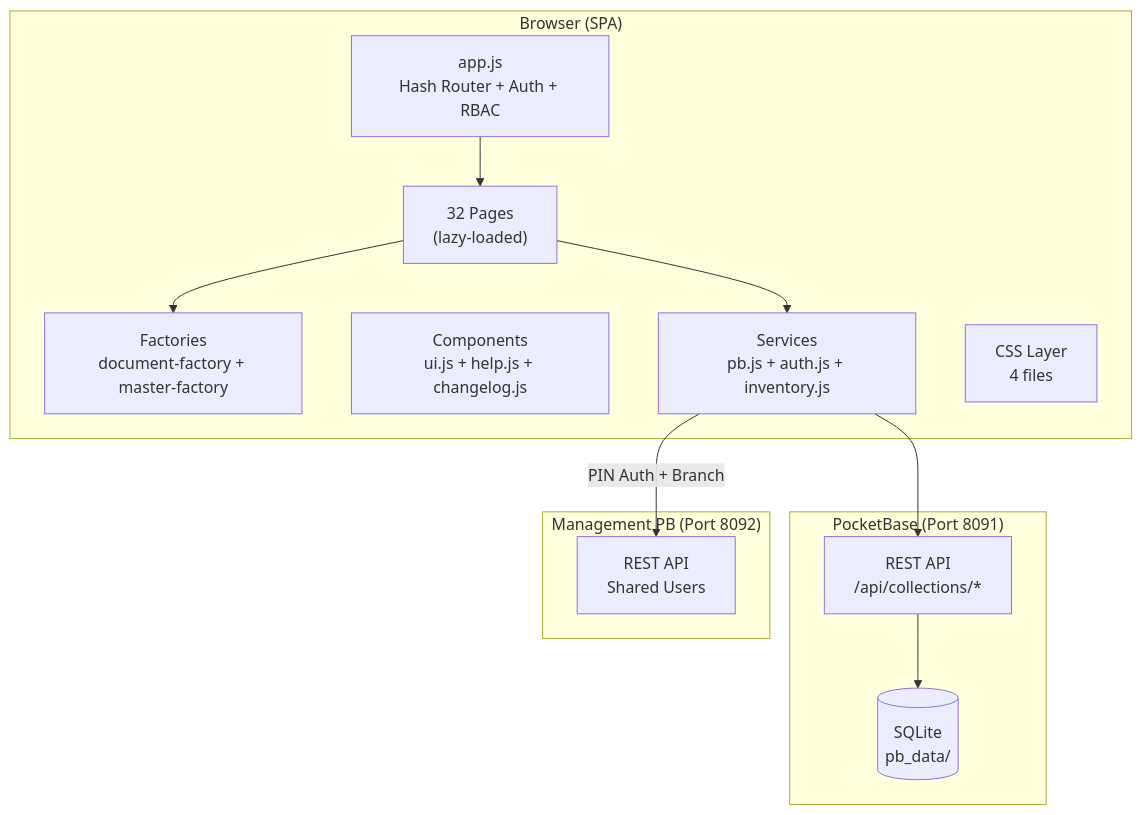
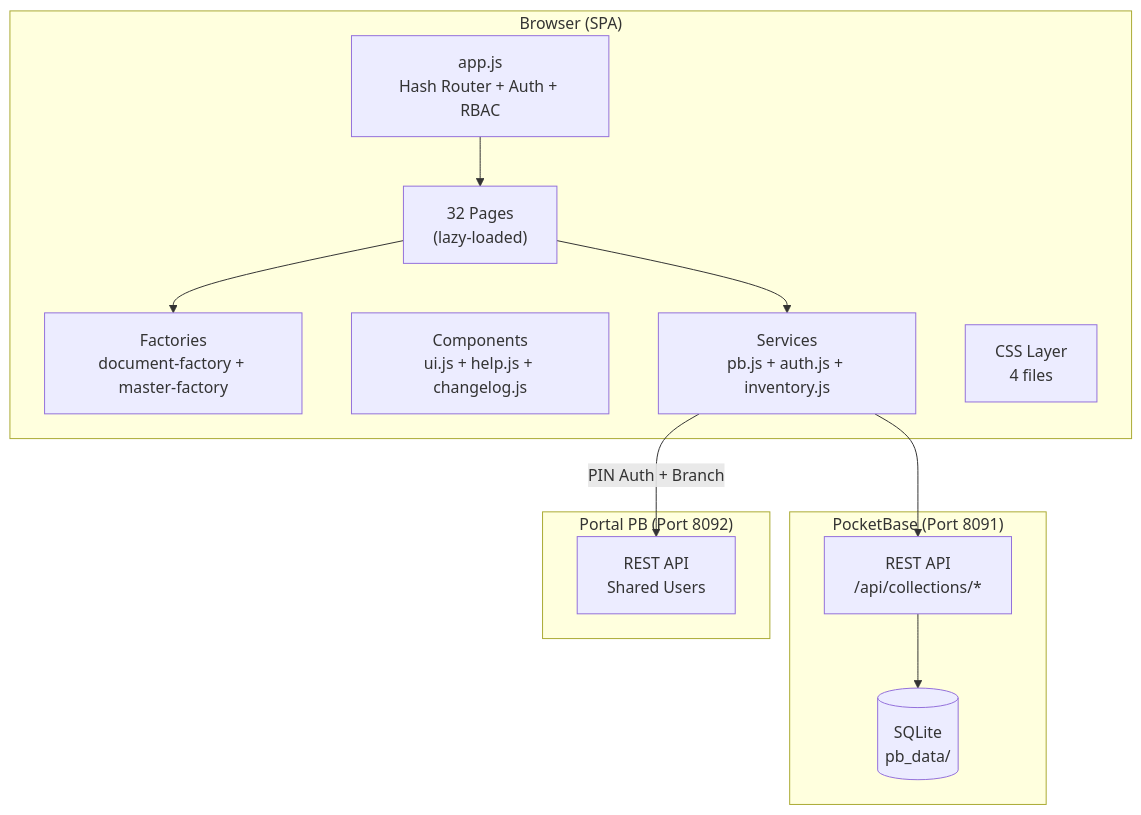
The first of 2 diagrams in MungkhudShop/docs/ARCHITECTURE.md (chandet6633/BC_erp), drawn with Mermaid before and after one commit. The commit also changed other lines of this file and 451 other files, not shown here.

Commit message:
feat(portal): migrate management to portal, update e2e specs and domain services

````diff
--- a/MungkhudShop/docs/ARCHITECTURE.md
+++ b/MungkhudShop/docs/ARCHITECTURE.md
@@ -29,25 +29,25 @@
 ```mermaid
 graph TB
     subgraph "Browser (SPA)"
         Router["app.js<br/>Hash Router + Auth + RBAC"]
         Pages["32 Pages<br/>(lazy-loaded)"]
         Factories["Factories<br/>document-factory + master-factory"]
         Components["Components<br/>ui.js + help.js + changelog.js"]
         Services["Services<br/>pb.js + auth.js + inventory.js"]
         CSS["CSS Layer<br/>4 files"]
     end
 
     subgraph "PocketBase (Port 8091)"
         API["REST API<br/>/api/collections/*"]
         DB[("SQLite<br/>pb_data/")]
     end
 
-    subgraph "Management PB (Port 8092)"
+    subgraph "Portal PB (Port 8092)"
         MPBAPI["REST API<br/>Shared Users"]
     end
 
     Router --> Pages --> Factories
     Pages --> Services
     Services --> API --> DB
     Services -- "PIN Auth + Branch" --> MPBAPI
 ```
````
